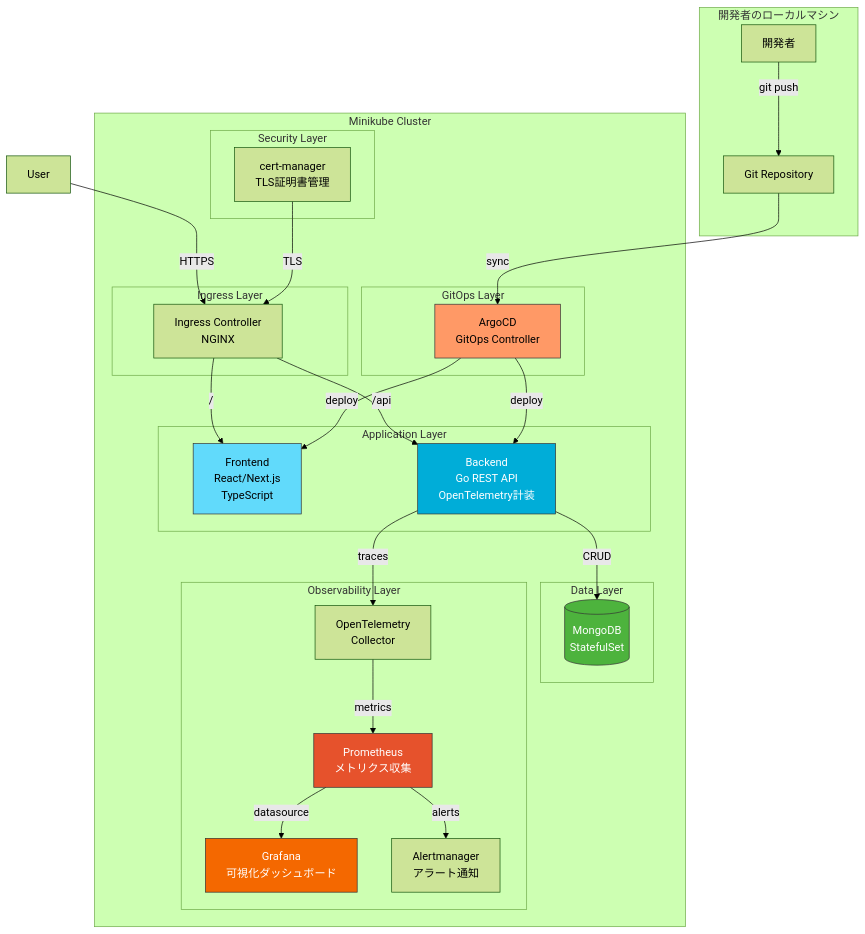
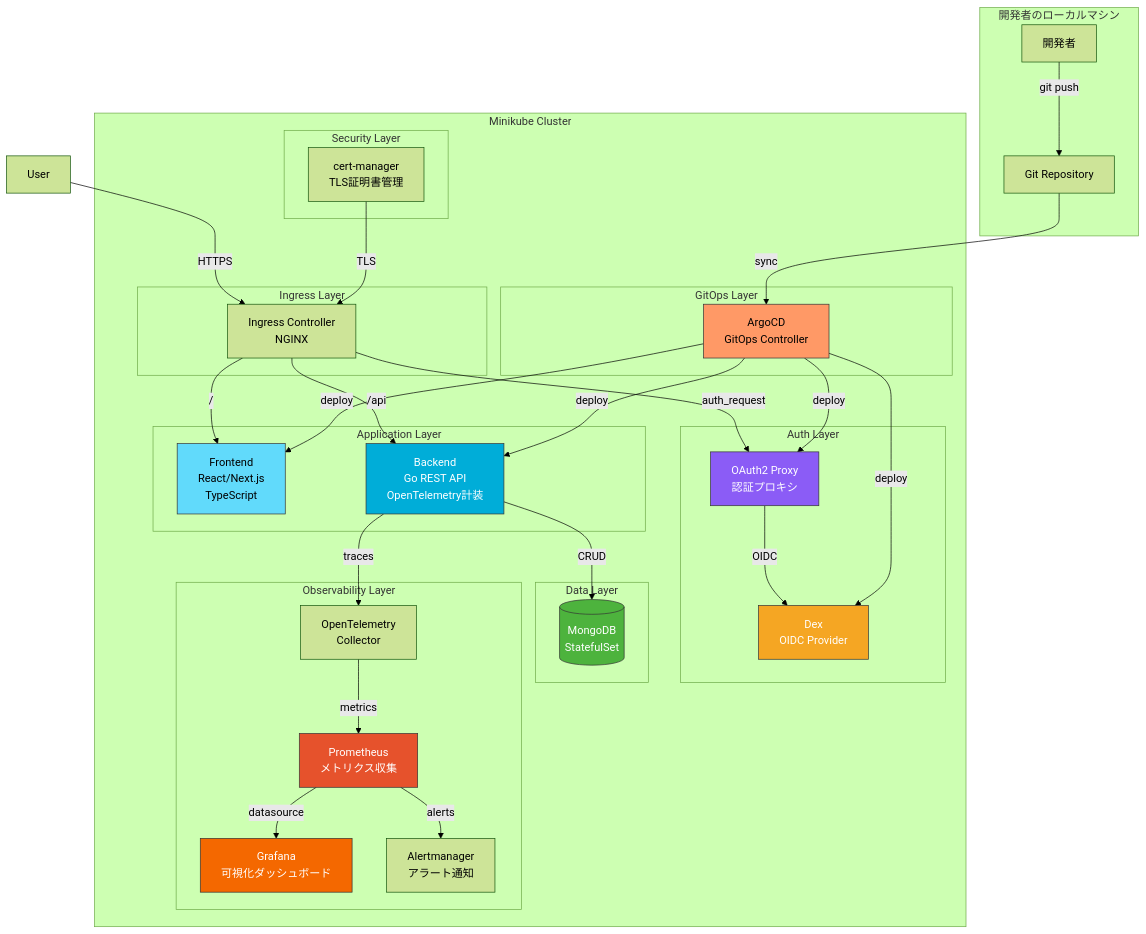
One commit to remmakoshino/study-ckad changed the first of 2 diagrams in README.md. Above: the diagram before and after it, drawn with Mermaid (forest theme). The commit also changed other lines of this file and 22 other files, not shown here.

````diff
--- a/README.md
+++ b/README.md
@@ -24,56 +24,67 @@
 ```mermaid
 graph TB
     subgraph "開発者のローカルマシン"
         DEV[開発者] -->|git push| GIT[Git Repository]
     end
 
     subgraph "Minikube Cluster"
         subgraph "Ingress Layer"
             ING[Ingress Controller<br/>NGINX]
+        end
+
+        subgraph "Auth Layer"
+            DEX[Dex<br/>OIDC Provider]
+            OAP[OAuth2 Proxy<br/>認証プロキシ]
         end
 
         subgraph "Application Layer"
             FE[Frontend<br/>React/Next.js<br/>TypeScript]
             BE[Backend<br/>Go REST API<br/>OpenTelemetry計装]
         end
 
         subgraph "Data Layer"
             DB[(MongoDB<br/>StatefulSet)]
         end
 
         subgraph "GitOps Layer"
             ARGO[ArgoCD<br/>GitOps Controller]
         end
 
         subgraph "Observability Layer"
             PROM[Prometheus<br/>メトリクス収集]
             GRAF[Grafana<br/>可視化ダッシュボード]
             ALERT[Alertmanager<br/>アラート通知]
             OTEL[OpenTelemetry<br/>Collector]
         end
 
         subgraph "Security Layer"
             CERT[cert-manager<br/>TLS証明書管理]
         end
     end
 
     USER[User] -->|HTTPS| ING
+    ING -->|auth_request| OAP
+    OAP -->|OIDC| DEX
     ING -->|/| FE
     ING -->|/api| BE
     BE -->|CRUD| DB
     BE -->|traces| OTEL
     OTEL -->|metrics| PROM
     PROM -->|datasource| GRAF
     PROM -->|alerts| ALERT
     GIT -->|sync| ARGO
     ARGO -->|deploy| FE
     ARGO -->|deploy| BE
+    ARGO -->|deploy| DEX
+    ARGO -->|deploy| OAP
     CERT -->|TLS| ING
 
     style ARGO fill:#f96,stroke:#333
     style PROM fill:#e6522c,stroke:#333,color:#fff
     style GRAF fill:#f46800,stroke:#333,color:#fff
     style FE fill:#61dafb,stroke:#333
     style BE fill:#00add8,stroke:#333,color:#fff
     style DB fill:#4db33d,stroke:#333,color:#fff
+    style DEX fill:#f5a623,stroke:#333,color:#fff
+    style OAP fill:#8b5cf6,stroke:#333,color:#fff
 ```
````
